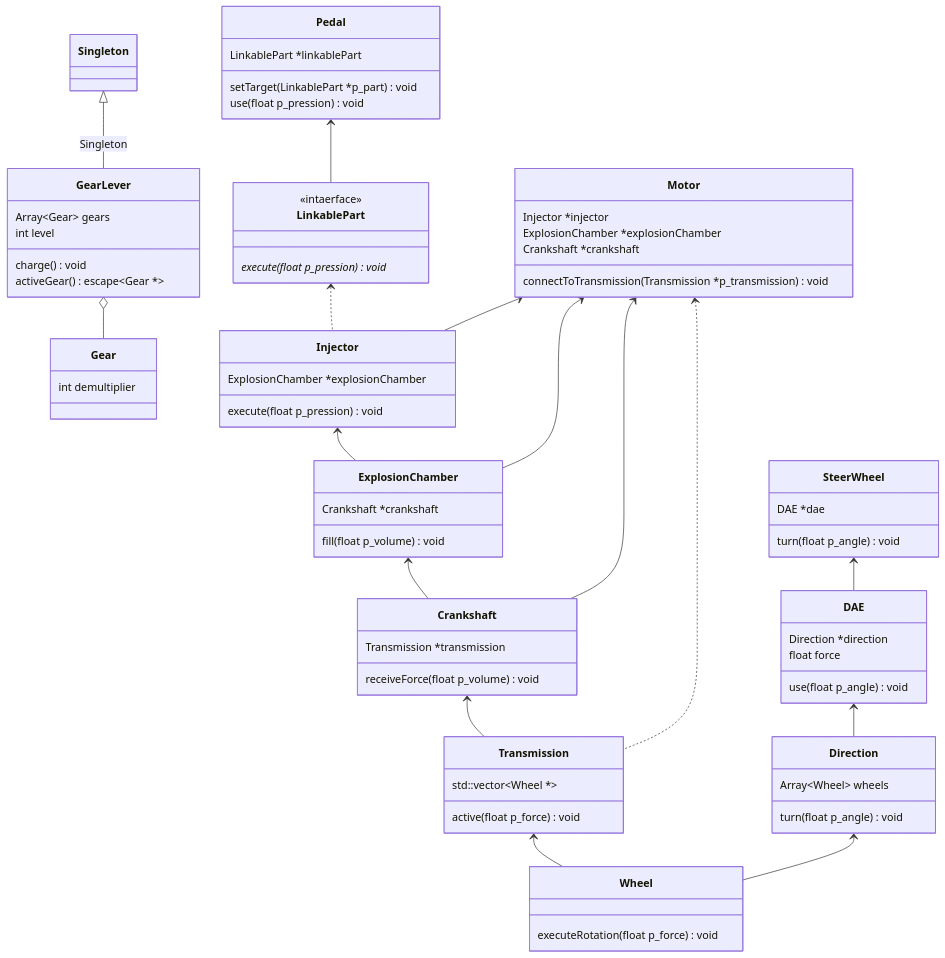
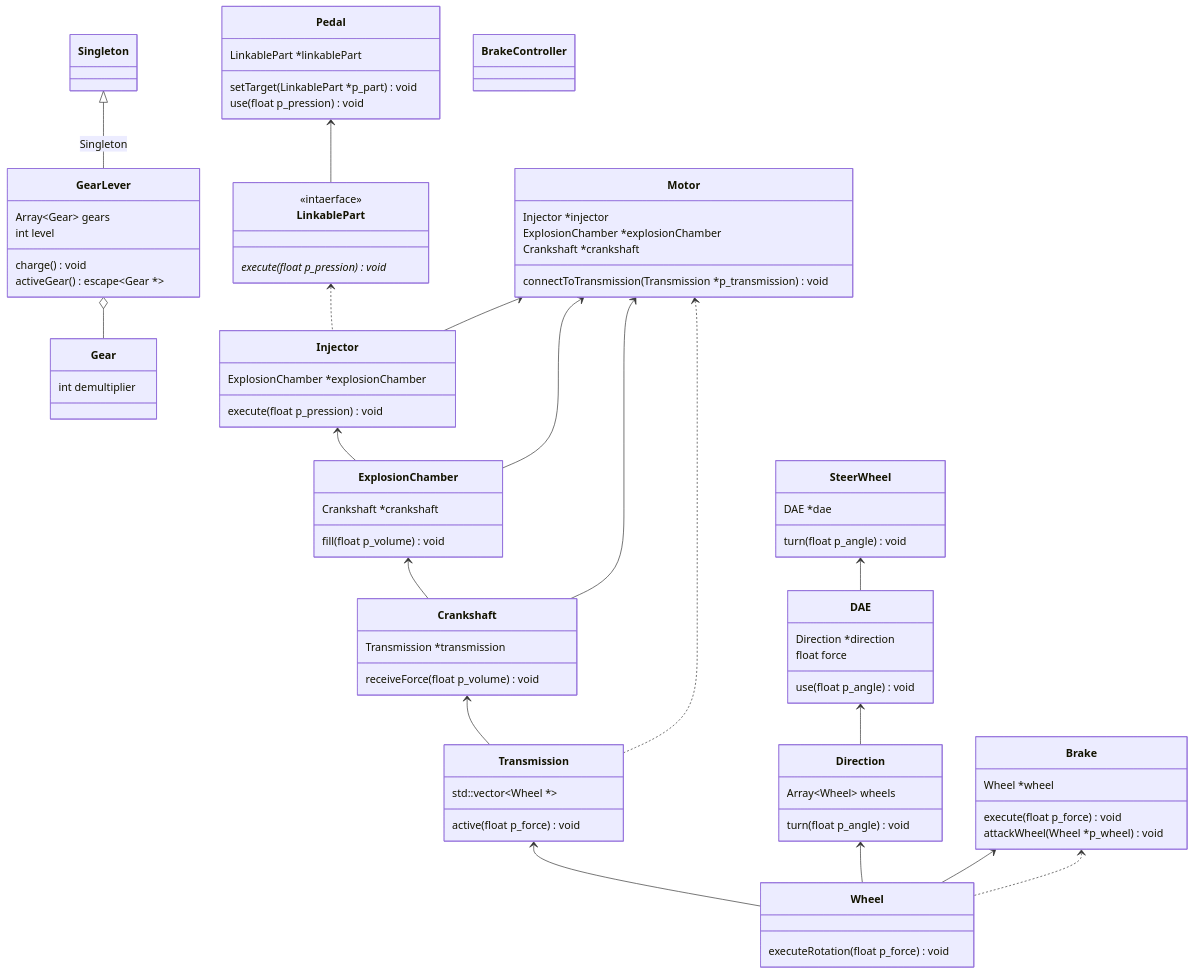
The diagram in subject.md (PalmNeko/piscine-object02-UML), drawn with Mermaid before and after one commit.

Commit message:
add: Brake

````diff
--- a/subject.md
+++ b/subject.md
@@ -26,6 +26,9 @@
     DAE <-- Direction
 
     SteerWheel <-- DAE
+
+    Brake <-- Wheel
+    Brake <.. Wheel
 
     class LinkablePart {
         <<intaerface>>
@@ -99,4 +102,14 @@
         DAE *dae
         turn(float p_angle) void
     }
+
+    class Brake {
+        Wheel *wheel
+        execute(float p_force) void
+        attackWheel(Wheel *p_wheel) void
+    }
+
+    class BrakeController {
+        
+    }
 ```
````
